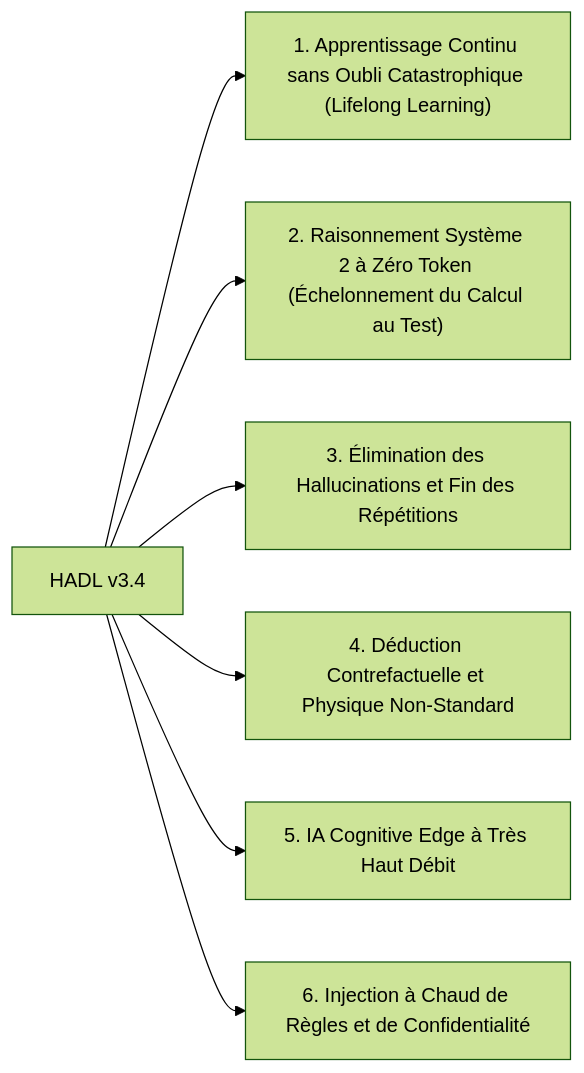
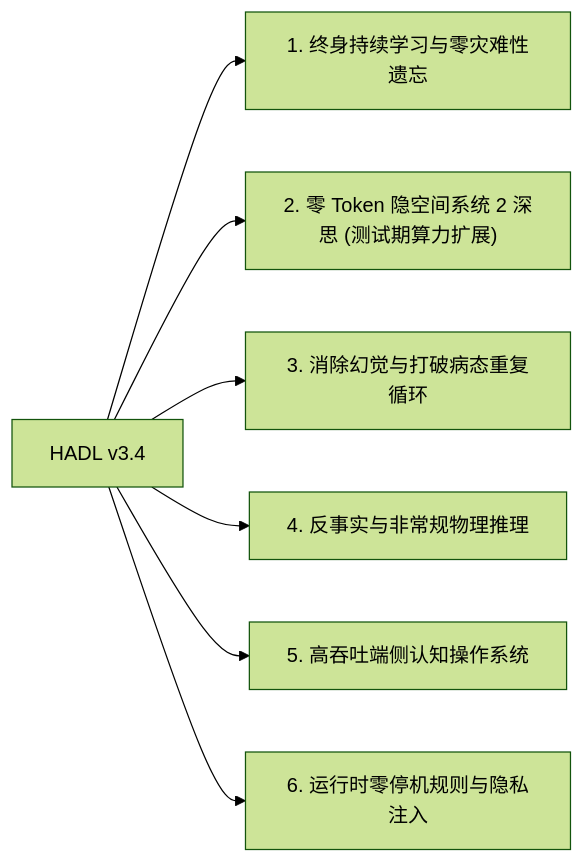
Before and after one commit to Ch3nOff/dual-loop-controller: the diagram in docs/README_fr.md, drawn with Mermaid (forest theme). The commit also changed other lines of this file and 14 other files, not shown here.

Commit message:
feat: add real GPU continual learning benchmark and model architecture reference landscape across all READMEs

````diff
--- a/docs/README_fr.md
+++ b/docs/README_fr.md
@@ -87,9 +134,9 @@
 ```mermaid
 flowchart LR
-    A["HADL v3.4"] --> B["1. Apprentissage Continu sans Oubli Catastrophique (Lifelong Learning)"]
-    A --> C["2. Raisonnement Système 2 à Zéro Token (Échelonnement du Calcul au Test)"]
-    A --> D["3. Élimination des Hallucinations et Fin des Répétitions"]
-    A --> E["4. Déduction Contrefactuelle et Physique Non-Standard"]
-    A --> F["5. IA Cognitive Edge à Très Haut Débit"]
-    A --> G["6. Injection à Chaud de Règles et de Confidentialité"]
+    A["HADL v3.4"] --> B["1. 终身持续学习与零灾难性遗忘"]
+    A --> C["2. 零 Token 隐空间系统 2 深思 (测试期算力扩展)"]
+    A --> D["3. 消除幻觉与打破病态重复循环"]
+    A --> E["4. 反事实与非常规物理推理"]
+    A --> F["5. 高吞吐端侧认知操作系统"]
+    A --> G["6. 运行时零停机规则与隐私注入"]
 ```
````
